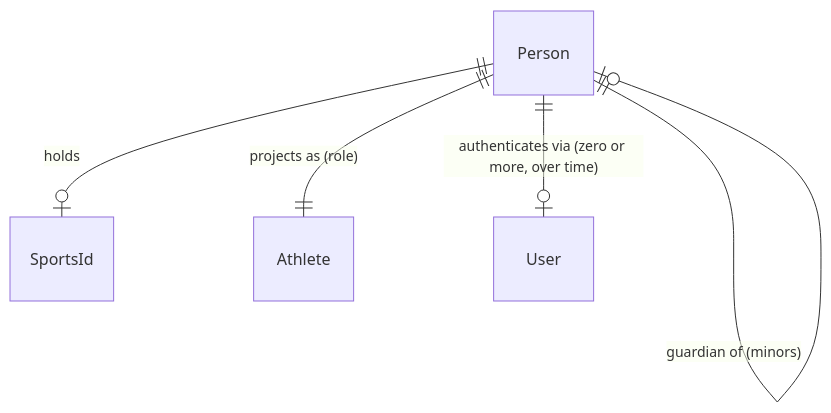
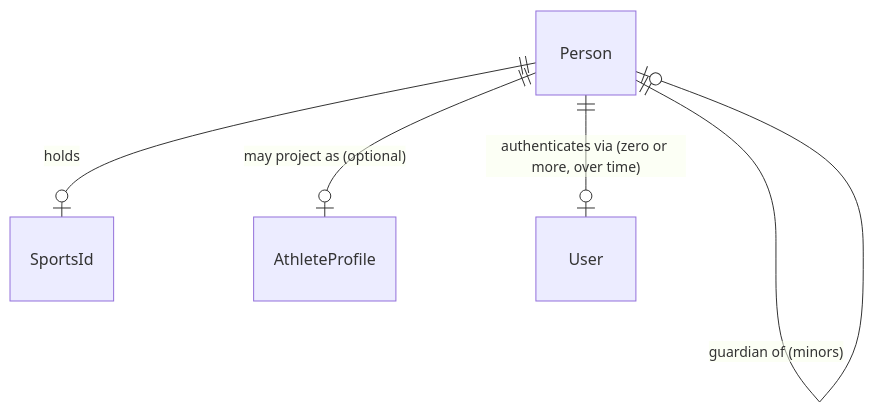
Before and after one commit to njaglobal/SportsOS: the first of 2 diagrams in docs/architecture/identity-model.md, drawn with Mermaid. The commit also changed other lines of this file and 43 other files, not shown here.

````diff
--- a/docs/architecture/identity-model.md
+++ b/docs/architecture/identity-model.md
@@ -27,7 +33,7 @@
 ```mermaid
 erDiagram
   Person ||--o| SportsId : holds
-  Person ||--|| Athlete : "projects as (role)"
+  Person ||--o| AthleteProfile : "may project as (optional)"
   Person ||--o| User : "authenticates via (zero or more, over time)"
   Person ||--o| Person : "guardian of (minors)"
 ```
````
